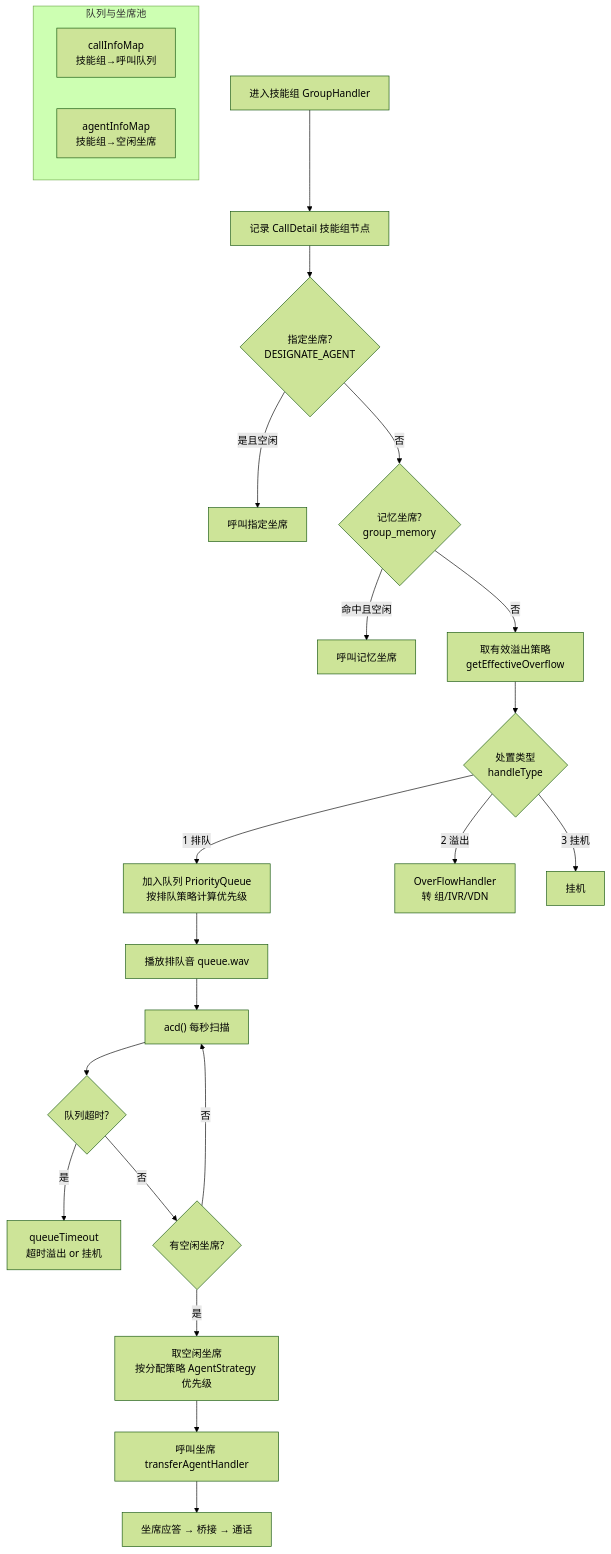
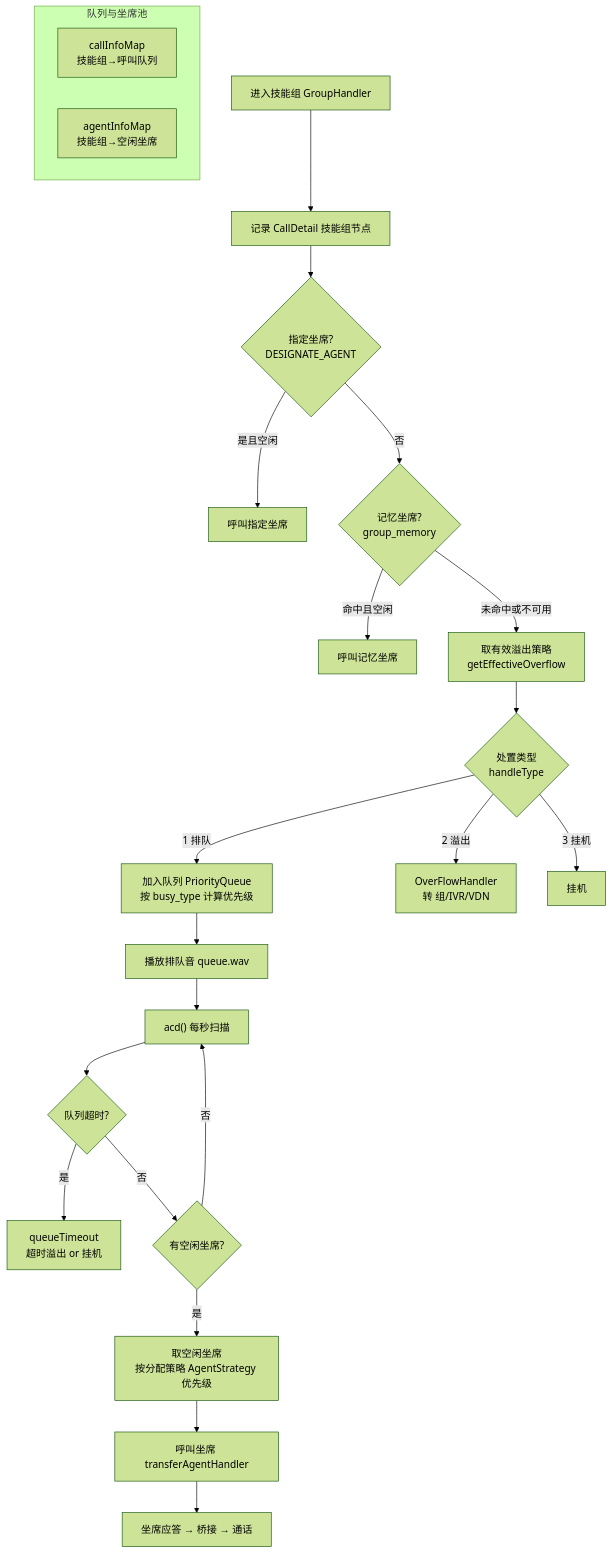
The fifth of 9 diagrams in docs/02-业务流程.md (dongjb741280/ai-call-center), drawn with Mermaid (forest theme) before and after one commit. The commit also changed other lines of this file and 6 other files, not shown here.

Commit message:
fix: correct acd queue and overflow handling

````diff
--- a/docs/02-业务流程.md
+++ b/docs/02-业务流程.md
@@ -171,27 +171,27 @@
 ```mermaid
 flowchart TD
     A[进入技能组 GroupHandler] --> B[记录 CallDetail 技能组节点]
     B --> C{"指定坐席?<br/>DESIGNATE_AGENT"}
     C -- 是且空闲 --> C1[呼叫指定坐席]
     C -- 否 --> D{"记忆坐席?<br/>group_memory"}
     D -- 命中且空闲 --> D1[呼叫记忆坐席]
-    D -- 否 --> E["取有效溢出策略<br/>getEffectiveOverflow"]
+    D -- 未命中或不可用 --> E["取有效溢出策略<br/>getEffectiveOverflow"]
     E --> F{"处置类型<br/>handleType"}
-    F -- "1 排队" --> G["加入队列 PriorityQueue<br/>按排队策略计算优先级"]
+    F -- "1 排队" --> G["加入队列 PriorityQueue<br/>按 busy_type 计算优先级"]
     G --> G1["播放排队音 queue.wav"]
     F -- "2 溢出" --> H["OverFlowHandler<br/>转 组/IVR/VDN"]
     F -- "3 挂机" --> H2[挂机]
     G1 --> LOOP["acd() 每秒扫描"]
     LOOP --> K{"队列超时?"}
     K -- 是 --> L["queueTimeout<br/>超时溢出 or 挂机"]
     K -- 否 --> M{"有空闲坐席?"}
     M -- 否 --> LOOP
     M -- 是 --> N["取空闲坐席<br/>按分配策略 AgentStrategy 优先级"]
     N --> O["呼叫坐席 transferAgentHandler"]
     O --> P["坐席应答 → 桥接 → 通话"]
 
     subgraph 队列与坐席池
       Q1["callInfoMap<br/>技能组→呼叫队列"]
       Q2["agentInfoMap<br/>技能组→空闲坐席"]
     end
 ```
````
